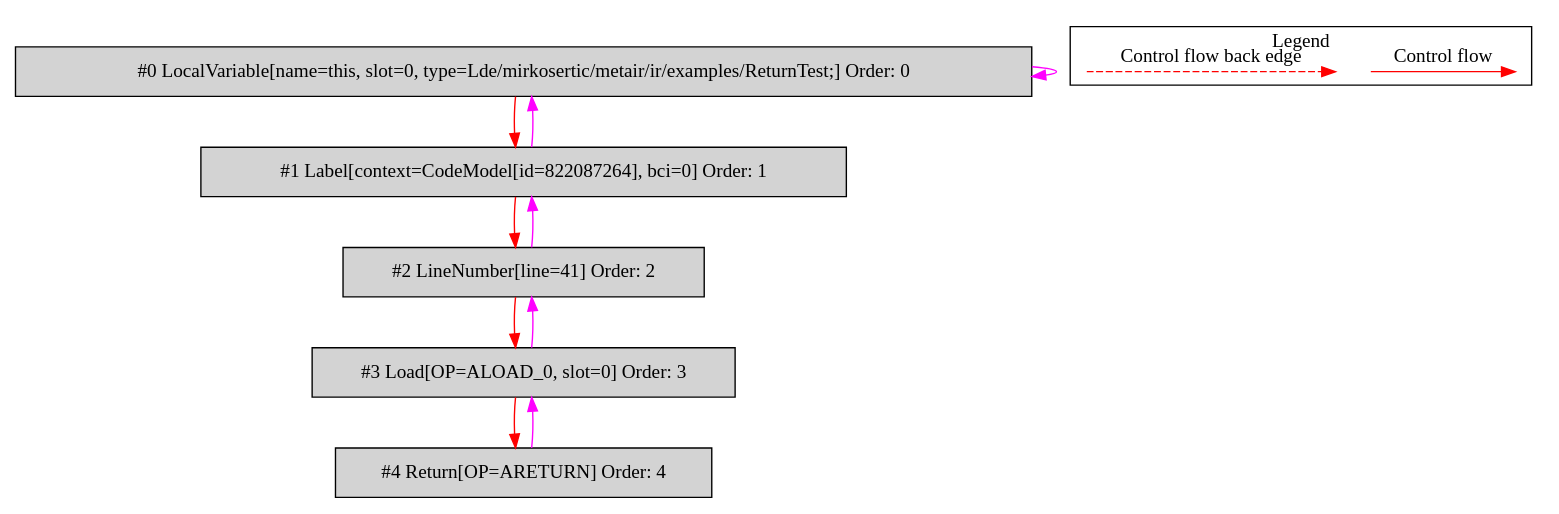
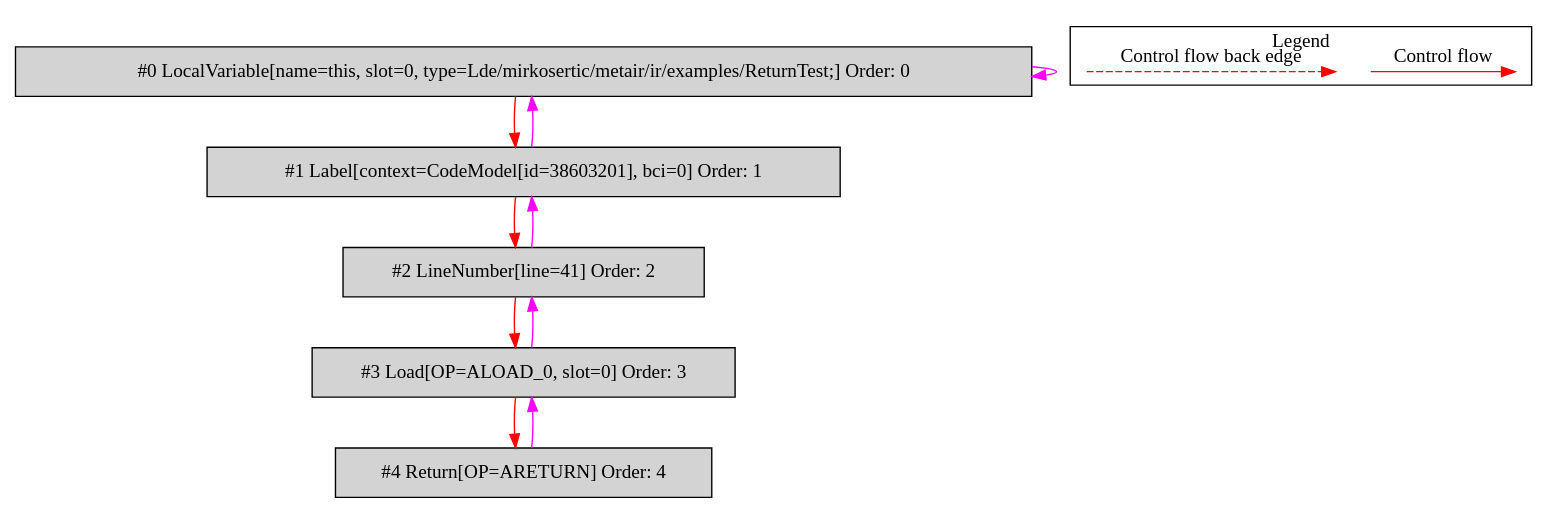
Before and after one commit to mirkosertic/MetaIR: the diagram in de.mirkosertic.metair.ir.examples.ReturnTest/returnObject/bytecodecfg.dot, drawn with Graphviz. The commit also changed 1222 other files, not shown here.

```diff
--- a/de.mirkosertic.metair.ir.examples.ReturnTest/returnObject/bytecodecfg.dot
+++ b/de.mirkosertic.metair.ir.examples.ReturnTest/returnObject/bytecodecfg.dot
@@ -1,31 +1,31 @@
 digraph {
  ordering="in";
  node0[label="#0 LocalVariable[name=this, slot=0, type=Lde/mirkosertic/metair/ir/examples/ReturnTest;] Order: 0", shape=box, fillcolor=lightgrey, style=filled];
- node1[label="#1 Label[context=CodeModel[id=822087264], bci=0] Order: 1", shape=box, fillcolor=lightgrey, style=filled];
+ node1[label="#1 Label[context=CodeModel[id=38603201], bci=0] Order: 1", shape=box, fillcolor=lightgrey, style=filled];
  node2[label="#2 LineNumber[line=41] Order: 2", shape=box, fillcolor=lightgrey, style=filled];
  node3[label="#3 Load[OP=ALOAD_0, slot=0] Order: 3", shape=box, fillcolor=lightgrey, style=filled];
  node4[label="#4 Return[OP=ARETURN] Order: 4", shape=box, fillcolor=lightgrey, style=filled];
  node0 -> node0[color=fuchsia];
  node0 -> node1[color=red];
  node1 -> node0[color=fuchsia];
  node1 -> node2[color=red];
  node2 -> node1[color=fuchsia];
  node2 -> node3[color=red];
  node3 -> node2[color=fuchsia];
  node3 -> node4[color=red];
  node4 -> node3[color=fuchsia];
  subgraph cluster_000 {
   label = "Legend";
   node [shape=point]
   {
    rank=same;
    c0 [style = invis];
    c1 [style = invis];
    c2 [style = invis];
    c3 [style = invis];
   }
   c0 -> c1 [label="Control flow", style=solid, color=red]
   c2 -> c3 [label="Control flow back edge", style=dashed, color=red]
  }
 
 }
```
